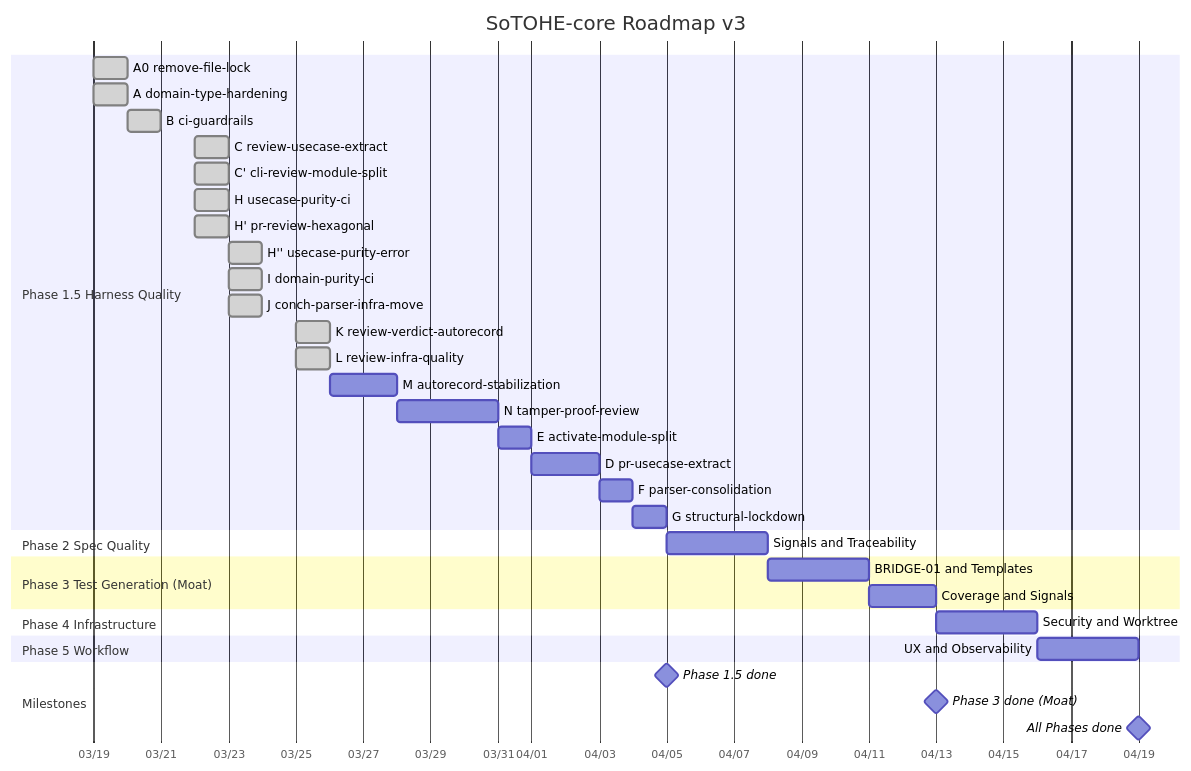
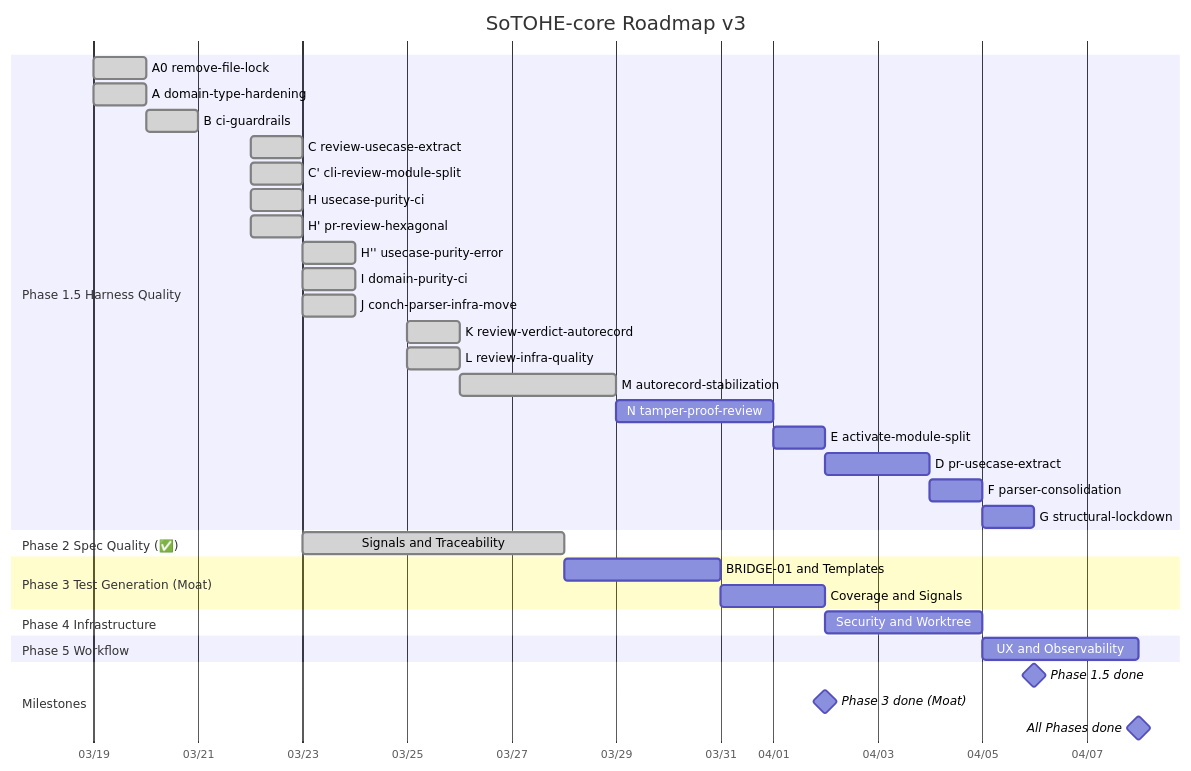
Before and after one commit to Flip451/SoTOHE-core: the diagram in knowledge/strategy/progress-tracker.md, drawn with Mermaid. The commit also changed other lines of this file and 12 other files, not shown here.

````diff
--- a/knowledge/strategy/progress-tracker.md
+++ b/knowledge/strategy/progress-tracker.md
@@ -54,44 +56,44 @@
 ```mermaid
 gantt
     title SoTOHE-core Roadmap v3
     dateFormat YYYY-MM-DD
     axisFormat %m/%d
 
     section Phase 1.5 Harness Quality
     A0 remove-file-lock        :done, a0, 2026-03-19, 1d
     A domain-type-hardening    :done, a, 2026-03-19, 1d
     B ci-guardrails            :done, b, 2026-03-20, 1d
     C review-usecase-extract   :done, c, 2026-03-22, 1d
     C' cli-review-module-split :done, c2, 2026-03-22, 1d
     H usecase-purity-ci        :done, h, 2026-03-22, 1d
     H' pr-review-hexagonal     :done, h2, 2026-03-22, 1d
     H'' usecase-purity-error   :done, h3, 2026-03-23, 1d
     I domain-purity-ci         :done, i, 2026-03-23, 1d
     J conch-parser-infra-move  :done, j, 2026-03-23, 1d
     K review-verdict-autorecord :done, k, 2026-03-25, 1d
     L review-infra-quality     :done, l, 2026-03-25, 1d
-    M autorecord-stabilization :m, after l, 2d
+    M autorecord-stabilization :done, m, 2026-03-26, 3d
     N tamper-proof-review      :n, after m, 3d
     E activate-module-split    :e, after n, 1d
     D pr-usecase-extract       :d, after e, 2d
     F parser-consolidation     :f, after d, 1d
     G structural-lockdown      :g, after f, 1d
 
-    section Phase 2 Spec Quality
-    Signals and Traceability   :p2, after g, 3d
+    section Phase 2 Spec Quality (✅)
+    Signals and Traceability   :done, p2, 2026-03-23, 5d
 
     section Phase 3 Test Generation (Moat)
     BRIDGE-01 and Templates    :p3a, after p2, 3d
     Coverage and Signals       :p3b, after p3a, 2d
 
     section Phase 4 Infrastructure
     Security and Worktree      :p4, after p3b, 3d
 
     section Phase 5 Workflow
     UX and Observability       :p5, after p4, 3d
 
     section Milestones
     Phase 1.5 done             :milestone, after g, 0d
     Phase 3 done (Moat)        :milestone, after p3b, 0d
     All Phases done            :milestone, after p5, 0d
 ```
````
